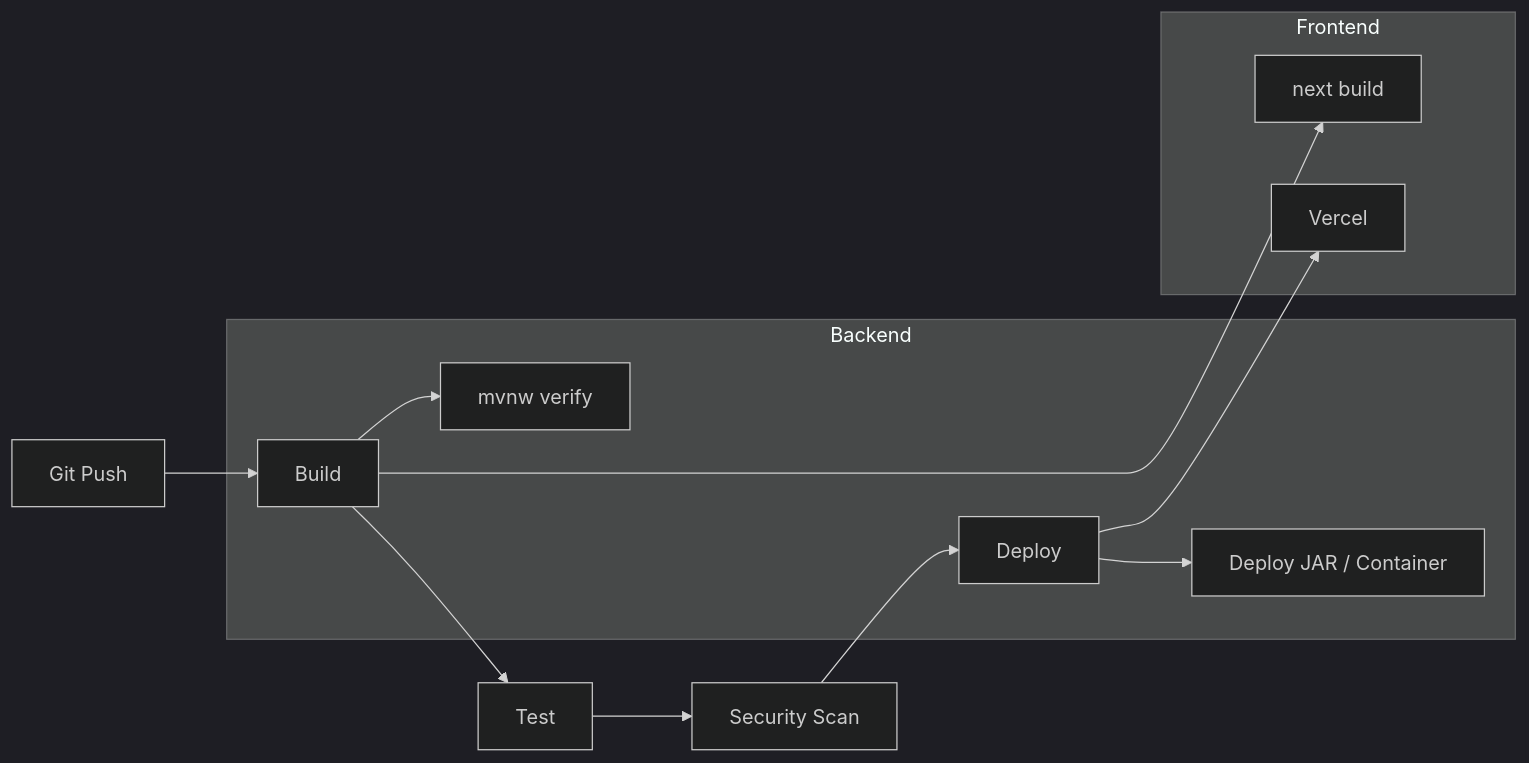
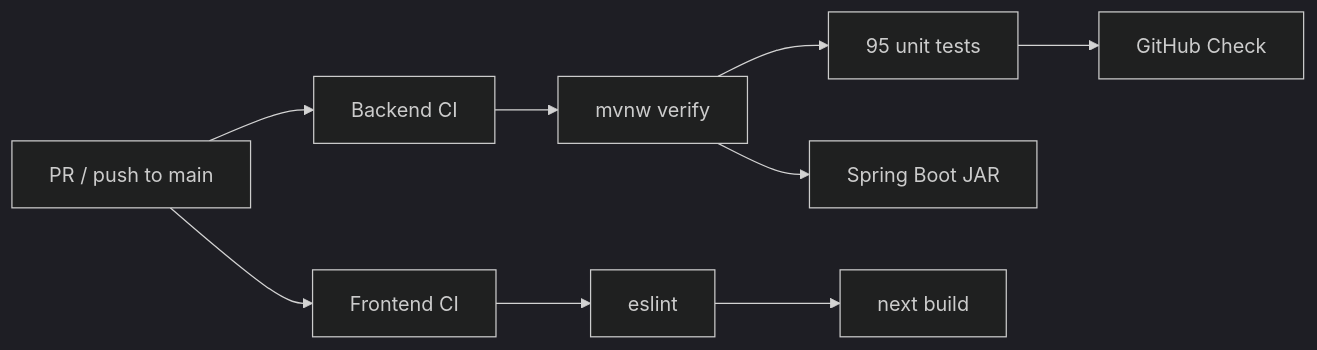
One commit to YevheniiaDem/flowiq-backend changed the diagram in docs/deployment/ci-cd.md. Above: the diagram before and after it, drawn with Mermaid (dark theme). The commit also changed other lines of this file and 30 other files, not shown here.

First line of the commit message:
docs: align AI documentation with code and expand architecture docs

````diff
--- a/docs/deployment/ci-cd.md
+++ b/docs/deployment/ci-cd.md
@@ -9,17 +21,13 @@
 ```mermaid
 flowchart LR
-    PUSH[Git Push] --> BUILD[Build]
-    BUILD --> TEST[Test]
-    TEST --> SCAN[Security Scan]
-    SCAN --> DEPLOY[Deploy]
+    PR[PR / push to main] --> BE[Backend CI]
+    PR --> FE[Frontend CI]
 
-    subgraph Backend
-        BUILD --> MVN[mvnw verify]
-        DEPLOY --> JAR[Deploy JAR / Container]
-    end
+    BE --> MVN[mvnw verify]
+    MVN --> TESTS[95 unit tests]
+    MVN --> JAR[Spring Boot JAR]
+    TESTS --> CHECK[GitHub Check]
 
-    subgraph Frontend
-        BUILD --> NPM[next build]
-        DEPLOY --> VERCEL[Vercel]
-    end
+    FE --> LINT[eslint]
+    LINT --> BUILD[next build]
 ```
````
